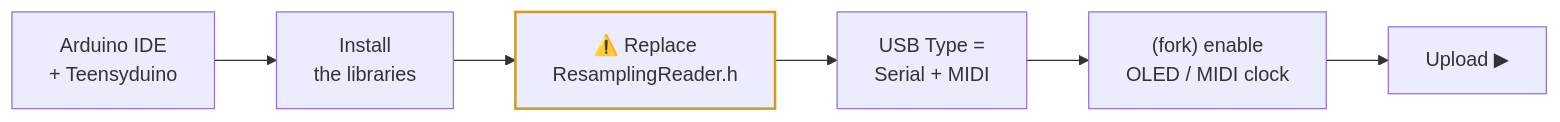
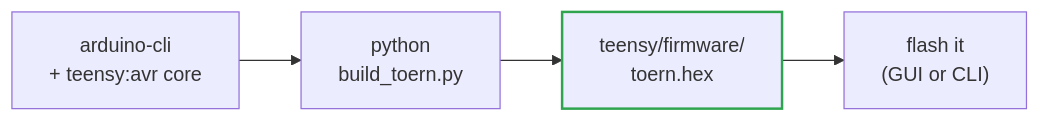
Before and after one commit to luigismith/ichosynth: the second of 2 diagrams in BUILD_MANUAL.md, drawn with Mermaid. The commit also changed other lines of this file and 17 other files, not shown here.

````diff
--- a/BUILD_MANUAL.md
+++ b/BUILD_MANUAL.md
@@ -242,9 +252,7 @@
 ```mermaid
 flowchart LR
-    A["Arduino IDE<br/>+ Teensyduino"] --> B["Install<br/>the libraries"]
-    B --> C["⚠️ Replace<br/>ResamplingReader.h"]
-    C --> D["USB Type =<br/>Serial + MIDI"]
-    D --> E["(fork) enable<br/>OLED / MIDI clock"]
-    E --> F["Upload ▶"]
-    style C stroke:#d29922,stroke-width:2px
+    A["arduino-cli<br/>+ teensy:avr core"] --> B["python<br/>build_toern.py"]
+    B --> C["teensy/firmware/<br/>toern.hex"]
+    C --> D["flash it<br/>(GUI or CLI)"]
+    style C stroke:#2ea44f,stroke-width:2px
 ```
````
